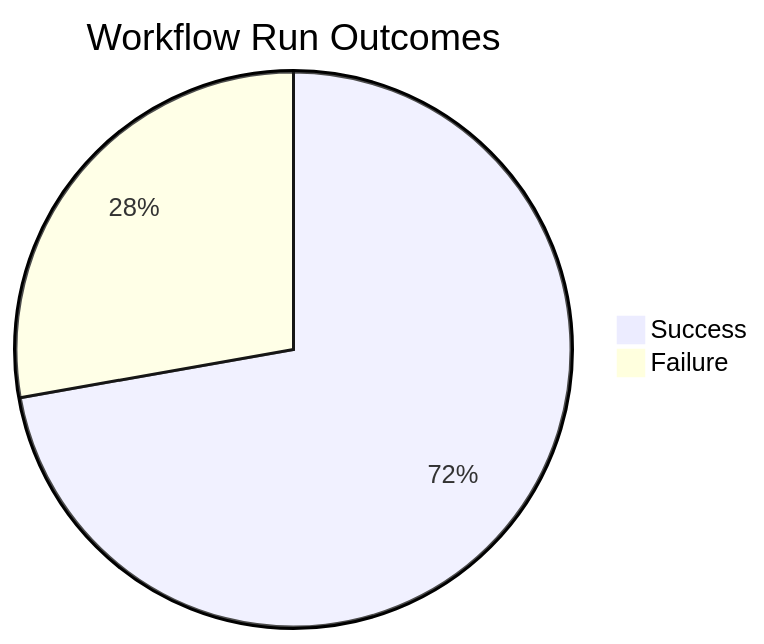
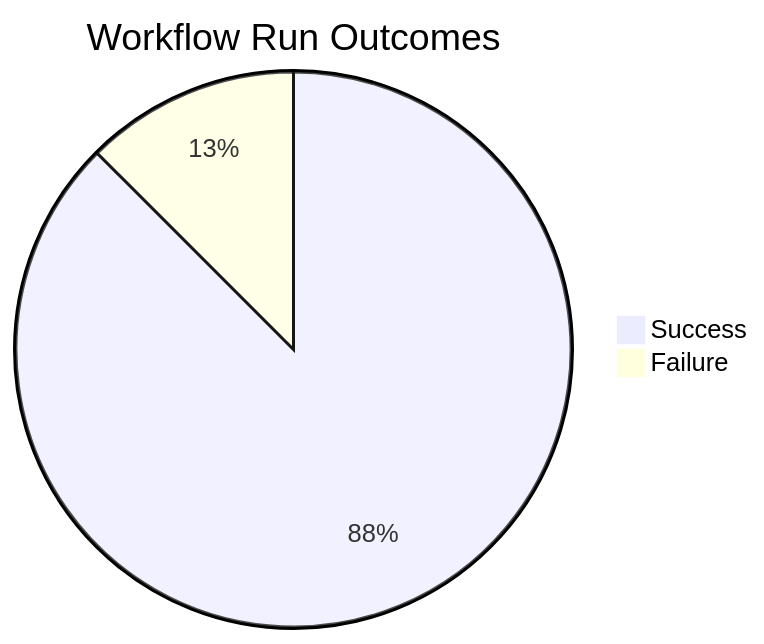
One commit to ukma-cs-ssdm-2025/rate-ukma changed the first of 4 diagrams in docs/ci-cd/dora-summary.md. Above: the diagram before and after it, drawn with Mermaid. The commit also changed other lines of this file, not shown here.

````diff
--- a/docs/ci-cd/dora-summary.md
+++ b/docs/ci-cd/dora-summary.md
@@ -22,5 +22,5 @@
 ```mermaid
 pie title Workflow Run Outcomes
-    "Success" : 13
-    "Failure" : 5
+    "Success" : 7
+    "Failure" : 1
 ```
````
